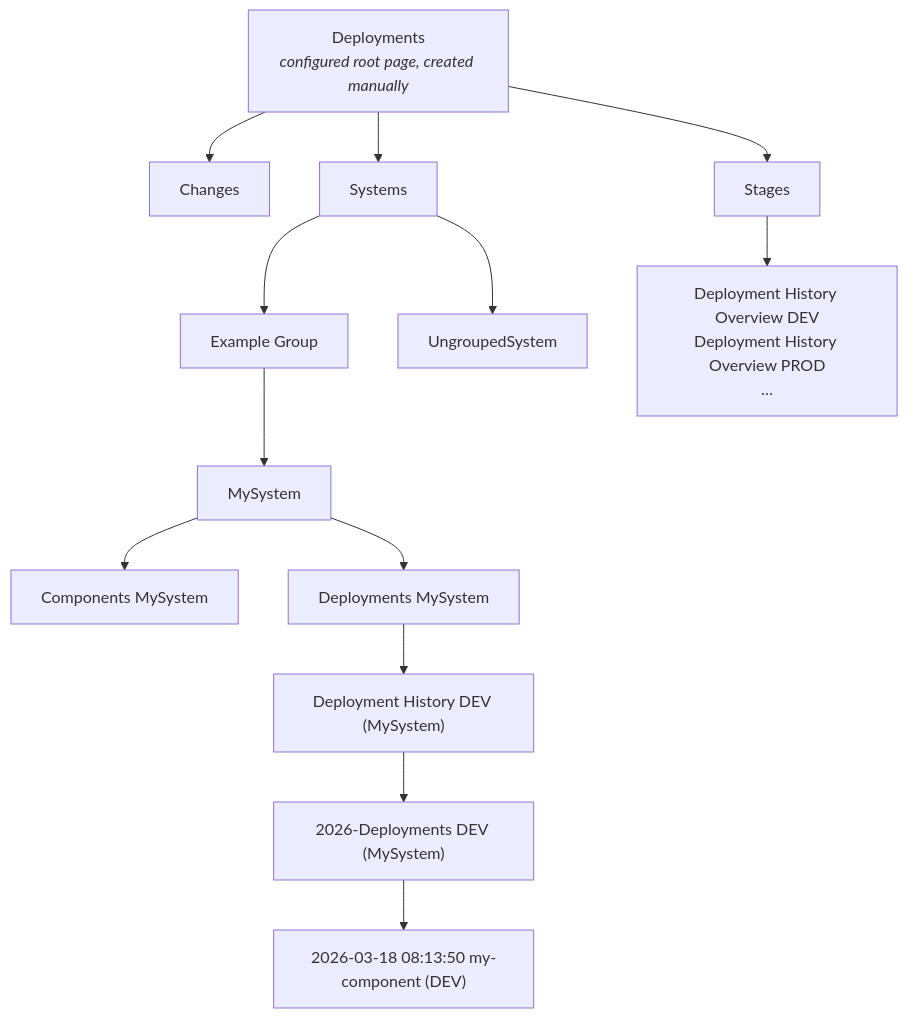
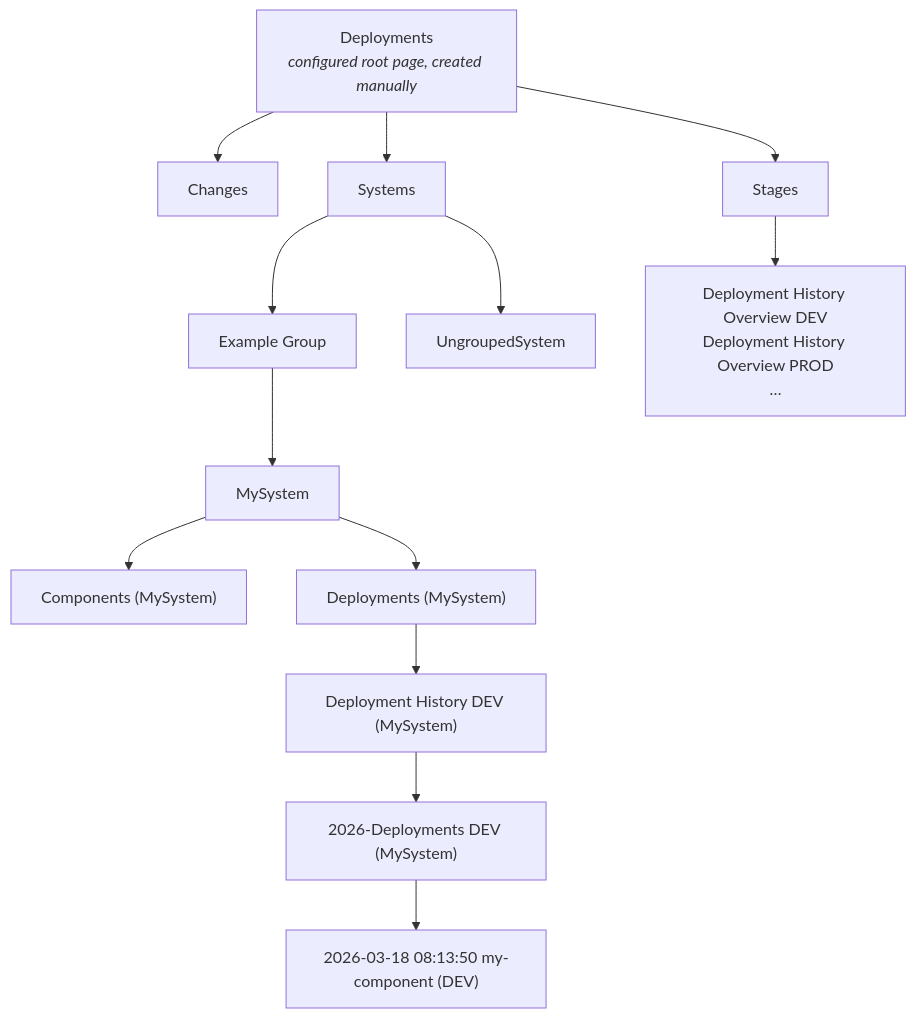
Before and after one commit to jeap-admin-ch/jeap-deploymentlog-service: the first of 2 diagrams in docs/documentation-generation.md, drawn with Mermaid. The commit also changed other lines of this file and 4 other files, not shown here.

````diff
--- a/docs/documentation-generation.md
+++ b/docs/documentation-generation.md
@@ -9,29 +9,29 @@
 ```mermaid
 flowchart TD
   Root["Deployments<br/><i>configured root page, created manually</i>"]
   Changes["Changes"]
   Systems["Systems"]
   Group["Example Group"]
-  Components["Components MySystem"]
-  SystemDeployments["Deployments MySystem"]
+  Components["Components (MySystem)"]
+  SystemDeployments["Deployments (MySystem)"]
   Stages["Stages"]
   OverviewEnv["Deployment History Overview DEV<br/>Deployment History Overview PROD<br/>…"]
   Sys["MySystem"]
   Ungrouped["UngroupedSystem"]
   Hist["Deployment History DEV (MySystem)"]
   List["2026-Deployments DEV (MySystem)"]
   Letter["2026-03-18 08:13:50 my-component (DEV)"]
 
   Root --> Changes
   Root --> Systems
   Systems --> Group
   Group --> Sys
   Systems --> Ungrouped
   Sys --> Components
   Sys --> SystemDeployments
   SystemDeployments --> Hist
   Root --> Stages
   Stages --> OverviewEnv
   Hist --> List
   List --> Letter
 ```
````
